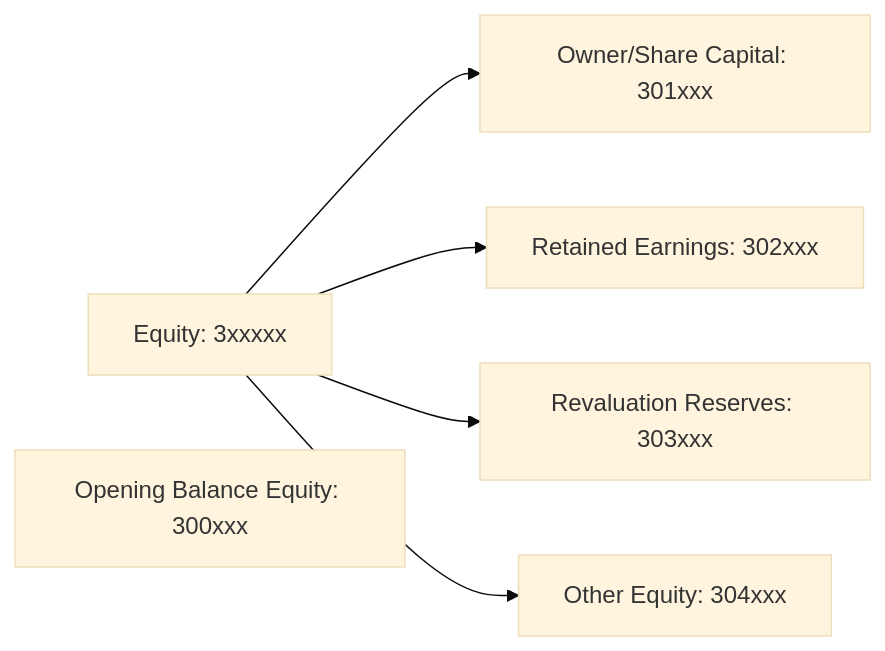
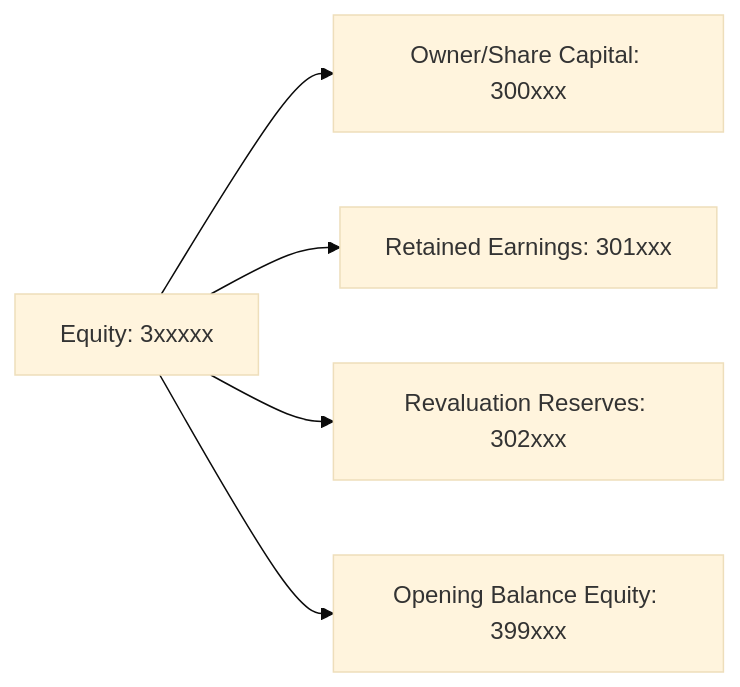
One commit to oosahon/ledgernova-core changed the diagram in src/domain/accounting/__doc__/assets/coa-equities.mermaid. Above: the diagram before and after it, drawn with Mermaid (base theme). The commit also changed 276 other files, not shown here.

```diff
--- a/src/domain/accounting/__doc__/assets/coa-equities.mermaid
+++ b/src/domain/accounting/__doc__/assets/coa-equities.mermaid
@@ -1,9 +1,8 @@
 flowchart LR
     Equity["Equity: 3xxxxx"]
-    OBE["Opening Balance Equity: 300xxx"]
-    Capital["Owner/Share Capital: 301xxx"]
-    Earnings["Retained Earnings: 302xxx"]
-    Reserves["Revaluation Reserves: 303xxx"]
-    OtherEquity["Other Equity: 304xxx"]
+    Capital["Owner/Share Capital: 300xxx"]
+    Earnings["Retained Earnings: 301xxx"]
+    Reserves["Revaluation Reserves: 302xxx"]
+    OBE["Opening Balance Equity: 399xxx"]
 
-    Equity --> Capital & Earnings & Reserves & OtherEquity
+    Equity --> Capital & Earnings & Reserves & OBE
```
